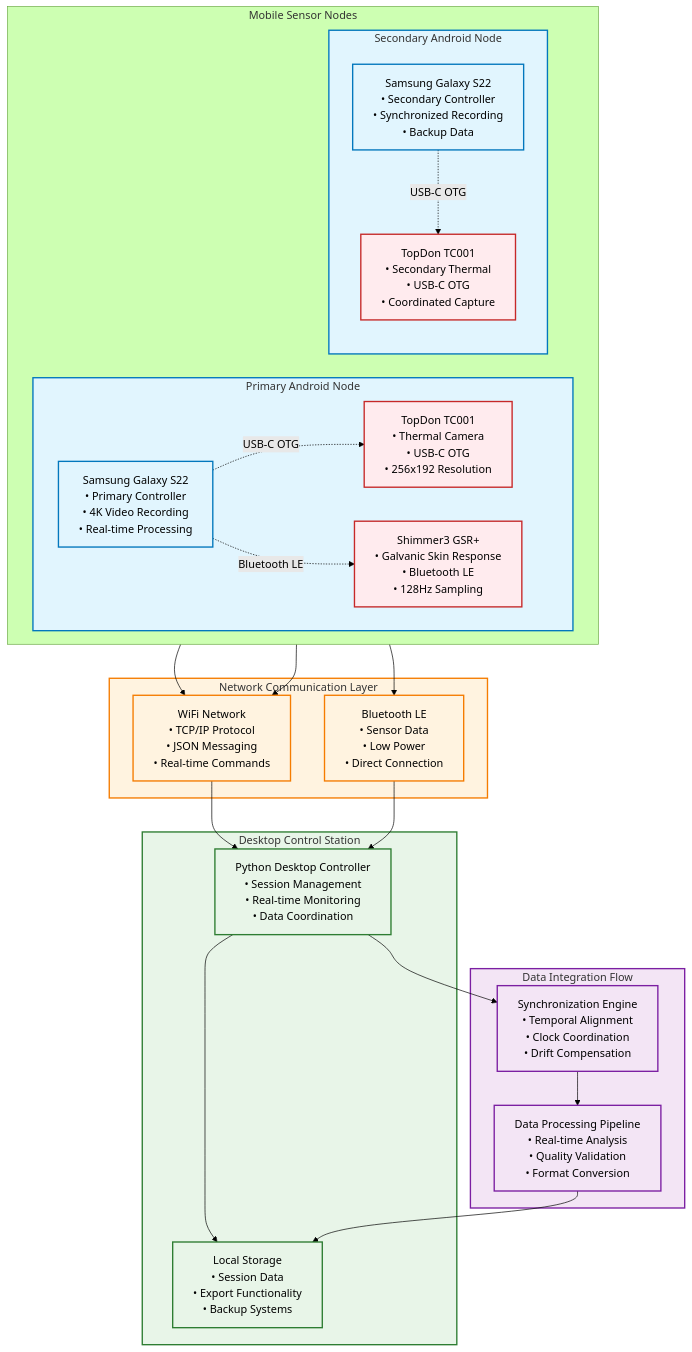
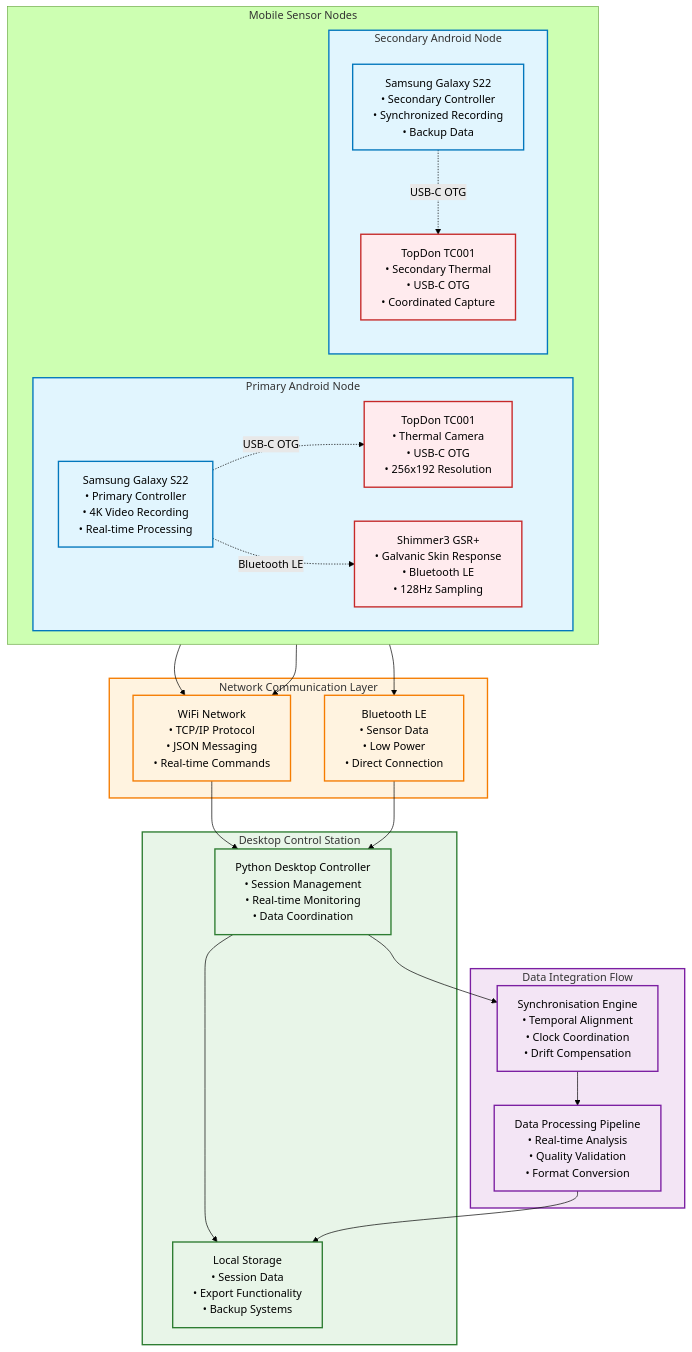
The fifth of 19 diagrams in docs/diagrams/missing_diagrams_generated.md (buccancs/fyp-multi-sensor-recording-system), drawn with Mermaid (forest theme) before and after one commit. The commit also changed other lines of this file and 56 other files, not shown here.

````diff
--- a/docs/diagrams/missing_diagrams_generated.md
+++ b/docs/diagrams/missing_diagrams_generated.md
@@ -233,64 +233,64 @@
 ```mermaid
 graph TB
     subgraph MOBILE_NODES ["Mobile Sensor Nodes"]
         direction LR
         
         subgraph NODE1 ["Primary Android Node"]
             S22_PRIMARY["Samsung Galaxy S22<br/>• Primary Controller<br/>• 4K Video Recording<br/>• Real-time Processing"]
             THERMAL_PRIMARY["TopDon TC001<br/>• Thermal Camera<br/>• USB-C OTG<br/>• 256x192 Resolution"]
             GSR_PRIMARY["Shimmer3 GSR+<br/>• Galvanic Skin Response<br/>• Bluetooth LE<br/>• 128Hz Sampling"]
         end
         
         subgraph NODE2 ["Secondary Android Node"]
             S22_SECONDARY["Samsung Galaxy S22<br/>• Secondary Controller<br/>• Synchronized Recording<br/>• Backup Data"]
             THERMAL_SECONDARY["TopDon TC001<br/>• Secondary Thermal<br/>• USB-C OTG<br/>• Coordinated Capture"]
         end
     end
     
     subgraph DESKTOP_CONTROL ["Desktop Control Station"]
         PC_CONTROLLER["Python Desktop Controller<br/>• Session Management<br/>• Real-time Monitoring<br/>• Data Coordination"]
         STORAGE["Local Storage<br/>• Session Data<br/>• Export Functionality<br/>• Backup Systems"]
     end
     
     subgraph NETWORK_LAYER ["Network Communication Layer"]
         WIFI_NET["WiFi Network<br/>• TCP/IP Protocol<br/>• JSON Messaging<br/>• Real-time Commands"]
         BT_NET["Bluetooth LE<br/>• Sensor Data<br/>• Low Power<br/>• Direct Connection"]
     end
     
     subgraph DATA_FLOW ["Data Integration Flow"]
-        SYNC_ENGINE["Synchronization Engine<br/>• Temporal Alignment<br/>• Clock Coordination<br/>• Drift Compensation"]
+        SYNC_ENGINE["Synchronisation Engine<br/>• Temporal Alignment<br/>• Clock Coordination<br/>• Drift Compensation"]
         DATA_PROCESSOR["Data Processing Pipeline<br/>• Real-time Analysis<br/>• Quality Validation<br/>• Format Conversion"]
     end
     
     %% Hardware connections
     S22_PRIMARY -.->|USB-C OTG| THERMAL_PRIMARY
     S22_PRIMARY -.->|Bluetooth LE| GSR_PRIMARY
     S22_SECONDARY -.->|USB-C OTG| THERMAL_SECONDARY
     
     %% Network connections
     NODE1 --> WIFI_NET
     NODE2 --> WIFI_NET
     GSR_PRIMARY --> BT_NET
     
     %% Control connections
     WIFI_NET --> PC_CONTROLLER
     BT_NET --> PC_CONTROLLER
     PC_CONTROLLER --> STORAGE
     
     %% Data processing
     PC_CONTROLLER --> SYNC_ENGINE
     SYNC_ENGINE --> DATA_PROCESSOR
     DATA_PROCESSOR --> STORAGE
     
     classDef mobile fill:#e1f5fe,stroke:#0277bd,stroke-width:2px
     classDef desktop fill:#e8f5e8,stroke:#2e7d32,stroke-width:2px
     classDef network fill:#fff3e0,stroke:#f57c00,stroke-width:2px
     classDef data fill:#f3e5f5,stroke:#7b1fa2,stroke-width:2px
     classDef hardware fill:#ffebee,stroke:#c62828,stroke-width:2px
     
     class S22_PRIMARY,S22_SECONDARY,NODE1,NODE2 mobile
     class PC_CONTROLLER,STORAGE,DESKTOP_CONTROL desktop
     class WIFI_NET,BT_NET,NETWORK_LAYER network
     class SYNC_ENGINE,DATA_PROCESSOR,DATA_FLOW data
     class THERMAL_PRIMARY,THERMAL_SECONDARY,GSR_PRIMARY hardware
 ```
````
